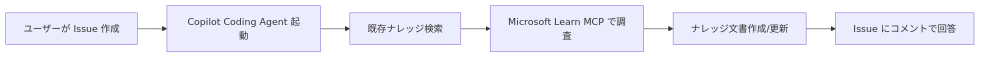
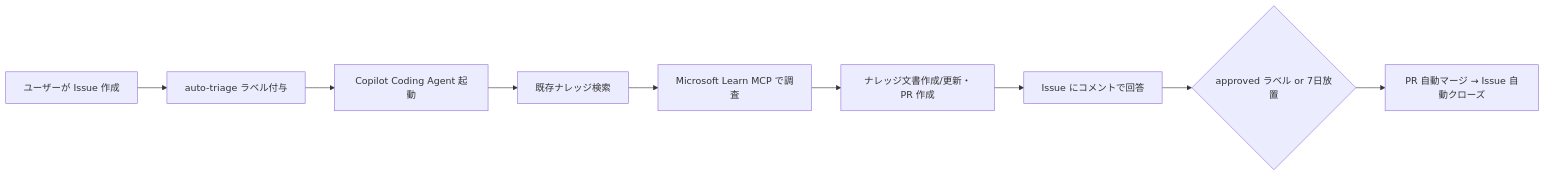
Before and after one commit to openjny/demo-copilot-support: the diagram in README.md, drawn with Mermaid. The commit also changed other lines of this file and 4 other files, not shown here.

First line of the commit message:
feat: auto-triage で Copilot 起動・PR 自動マージ運用を追加

````diff
--- a/README.md
+++ b/README.md
@@ -15,8 +15,11 @@
 ```mermaid
 flowchart LR
-    A[ユーザーが Issue 作成] --> B[Copilot Coding Agent 起動]
+    A[ユーザーが Issue 作成] --> L[auto-triage ラベル付与]
+    L --> B[Copilot Coding Agent 起動]
     B --> C[既存ナレッジ検索]
     C --> D[Microsoft Learn MCP で調査]
-    D --> E[ナレッジ文書作成/更新]
+    D --> E[ナレッジ文書作成/更新・PR 作成]
     E --> F[Issue にコメントで回答]
+    F --> G{approved ラベル or 7日放置}
+    G --> H[PR 自動マージ → Issue 自動クローズ]
 ```
````
